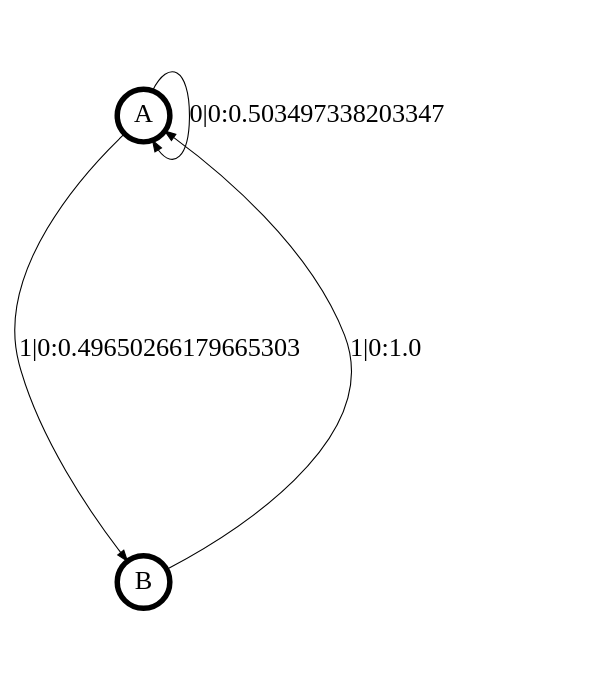
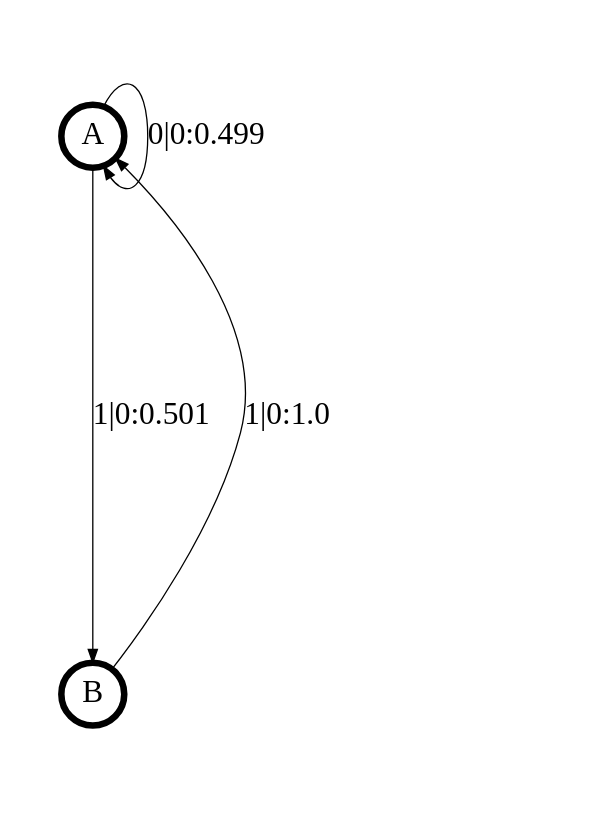
The diagram in transCSSR_results/+even.dot (ddarmon/transCSSR), drawn with Graphviz before and after one commit. The commit also changed 5 other files, not shown here.

```diff
--- a/transCSSR_results/+even.dot
+++ b/transCSSR_results/+even.dot
@@ -1,15 +1,15 @@
 digraph  {
 size = "6,8.5";
 ratio = "fill";
 node
 [shape = circle];
 node [fontsize = 24];
 node [penwidth = 5];
 edge [fontsize = 24];
 node [fontname = "CMU Serif Roman"];
 graph [fontname = "CMU Serif Roman"];
 edge [fontname = "CMU Serif Roman"];
-A -> A [label = "0|0:0.503497338203347\l"];
-A -> B [label = "1|0:0.49650266179665303\l"];
+A -> A [label = "0|0:0.499\l"];
+A -> B [label = "1|0:0.501\l"];
 B -> A [label = "1|0:1.0\l"];
 }
```
